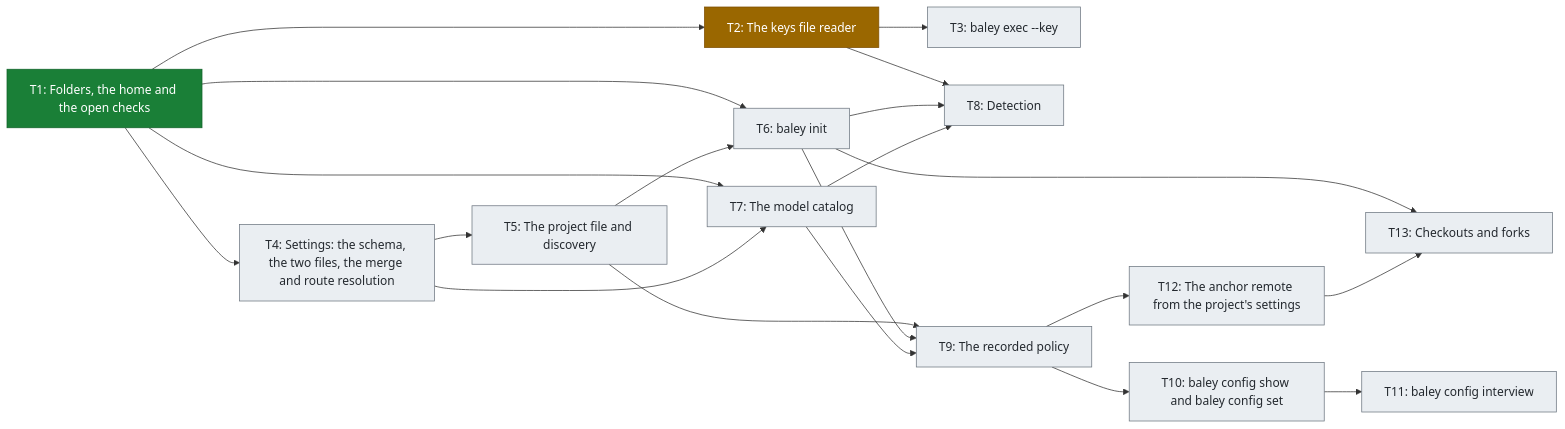
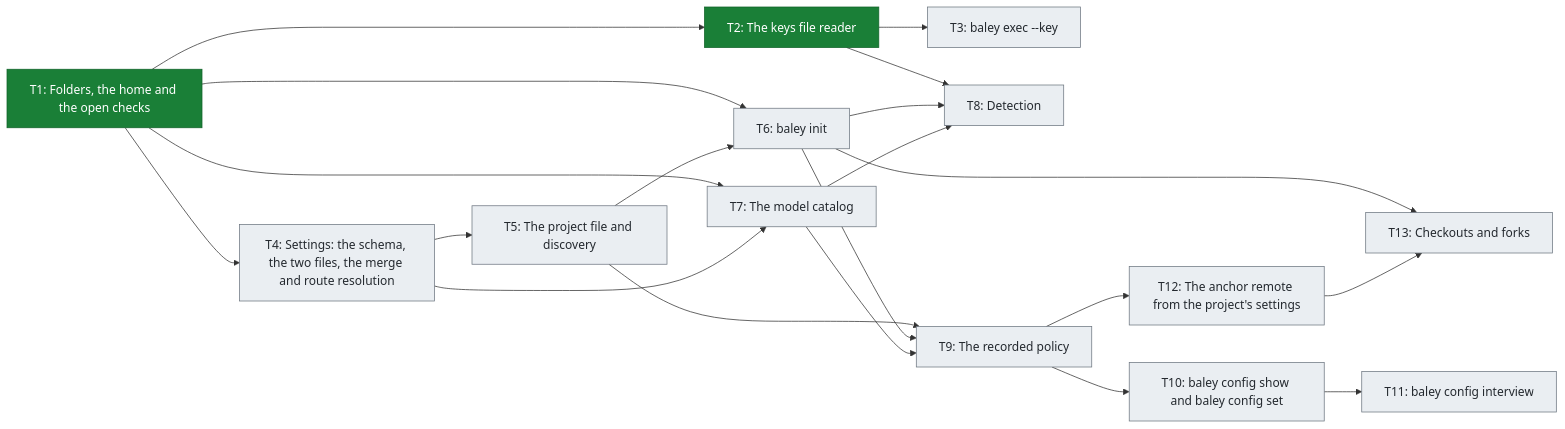
Before and after one commit to crenshawdev/baley: the third of 3 diagrams in docs/roadmap.md, drawn with Mermaid. The commit also changed other lines of this file, not shown here.

Commit message:
docs(roadmap): mark Build 2 T2 merged
T2 landed in #152.

````diff
--- a/docs/roadmap.md
+++ b/docs/roadmap.md
@@ -100,43 +100,41 @@
 ```mermaid
 flowchart LR
     T1["T1: Folders, the home and the open checks"]
     T2["T2: The keys file reader"]
     T3["T3: baley exec --key"]
     T4["T4: Settings: the schema, the two files, the merge and route resolution"]
     T5["T5: The project file and discovery"]
     T6["T6: baley init"]
     T7["T7: The model catalog"]
     T8["T8: Detection"]
     T9["T9: The recorded policy"]
     T10["T10: baley config show and baley config set"]
     T11["T11: baley config interview"]
     T12["T12: The anchor remote from the project's settings"]
     T13["T13: Checkouts and forks"]
 
     T1 --> T2
     T1 --> T4
     T1 --> T6
     T1 --> T7
     T2 --> T3
     T2 --> T8
     T4 --> T5
     T4 --> T7
     T5 --> T6
     T5 --> T9
     T6 --> T8
     T6 --> T9
     T6 --> T13
     T7 --> T8
     T7 --> T9
     T9 --> T10
     T9 --> T12
     T10 --> T11
     T12 --> T13
 
     classDef done fill:#1a7f37,stroke:#116329,color:#ffffff
     classDef planned fill:#eaeef2,stroke:#6e7781,color:#24292f
-    classDef progress fill:#9a6700,stroke:#7d4e00,color:#ffffff
-    class T1 done
-    class T2 progress
+    class T1,T2 done
     class T3,T4,T5,T6,T7,T8,T9,T10,T11,T12,T13 planned
 ```
````
